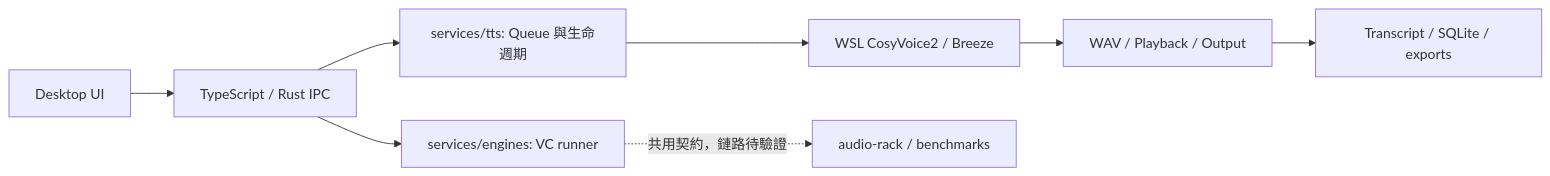
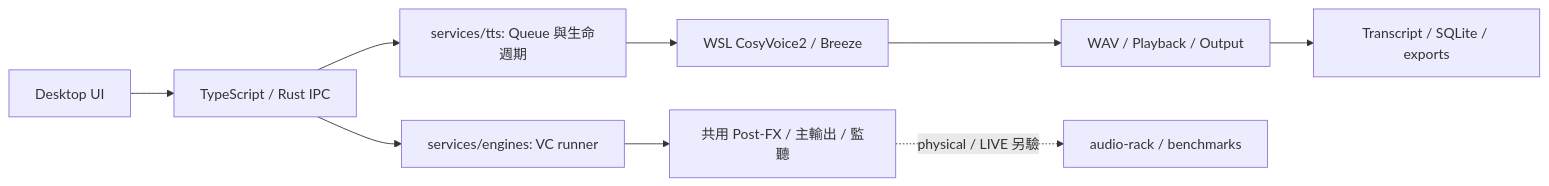
Before and after one commit to jellyfish00001/AetherTune: the diagram in .agent/reference/agent-quick-map.md, drawn with Mermaid. The commit also changed other lines of this file and 38 other files, not shown here.

````diff
--- a/.agent/reference/agent-quick-map.md
+++ b/.agent/reference/agent-quick-map.md
@@ -7,10 +7,11 @@
 ```mermaid
 flowchart LR
   UI[Desktop UI] --> IPC[TypeScript / Rust IPC]
   IPC --> TTS[services/tts: Queue 與生命週期]
   TTS --> MODEL[WSL CosyVoice2 / Breeze]
   MODEL --> PLAY[WAV / Playback / Output]
   PLAY --> STORE[Transcript / SQLite / exports]
   IPC --> VC[services/engines: VC runner]
-  VC -. 共用契約，鏈路待驗證 .-> RACK[audio-rack / benchmarks]
+  VC --> FX[共用 Post-FX / 主輸出 / 監聽]
+  FX -. physical / LIVE 另驗 .-> RACK[audio-rack / benchmarks]
 ```
````
